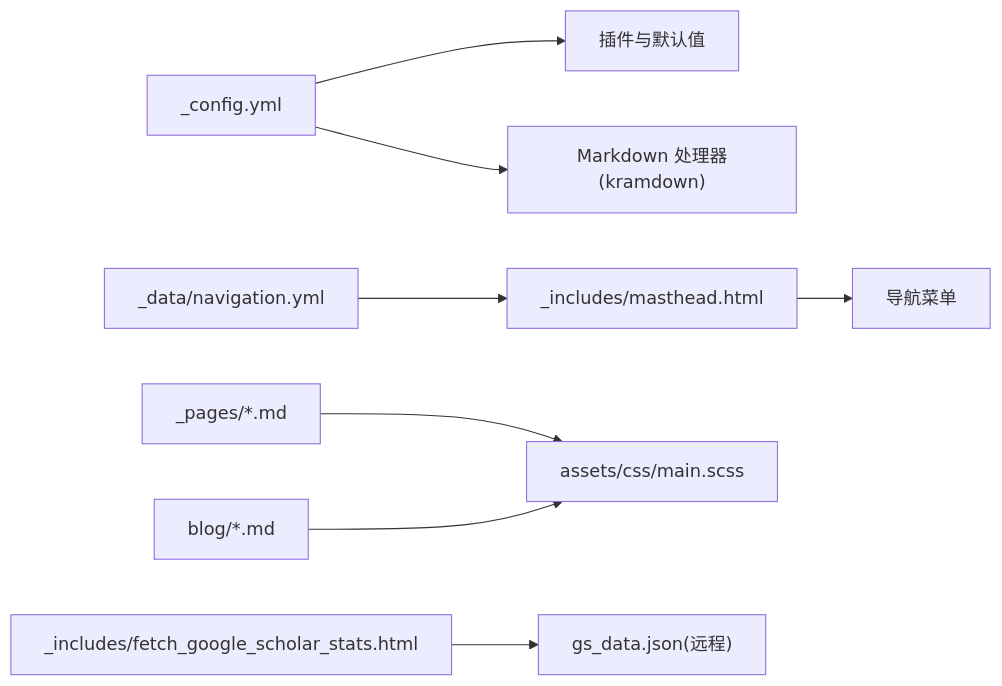
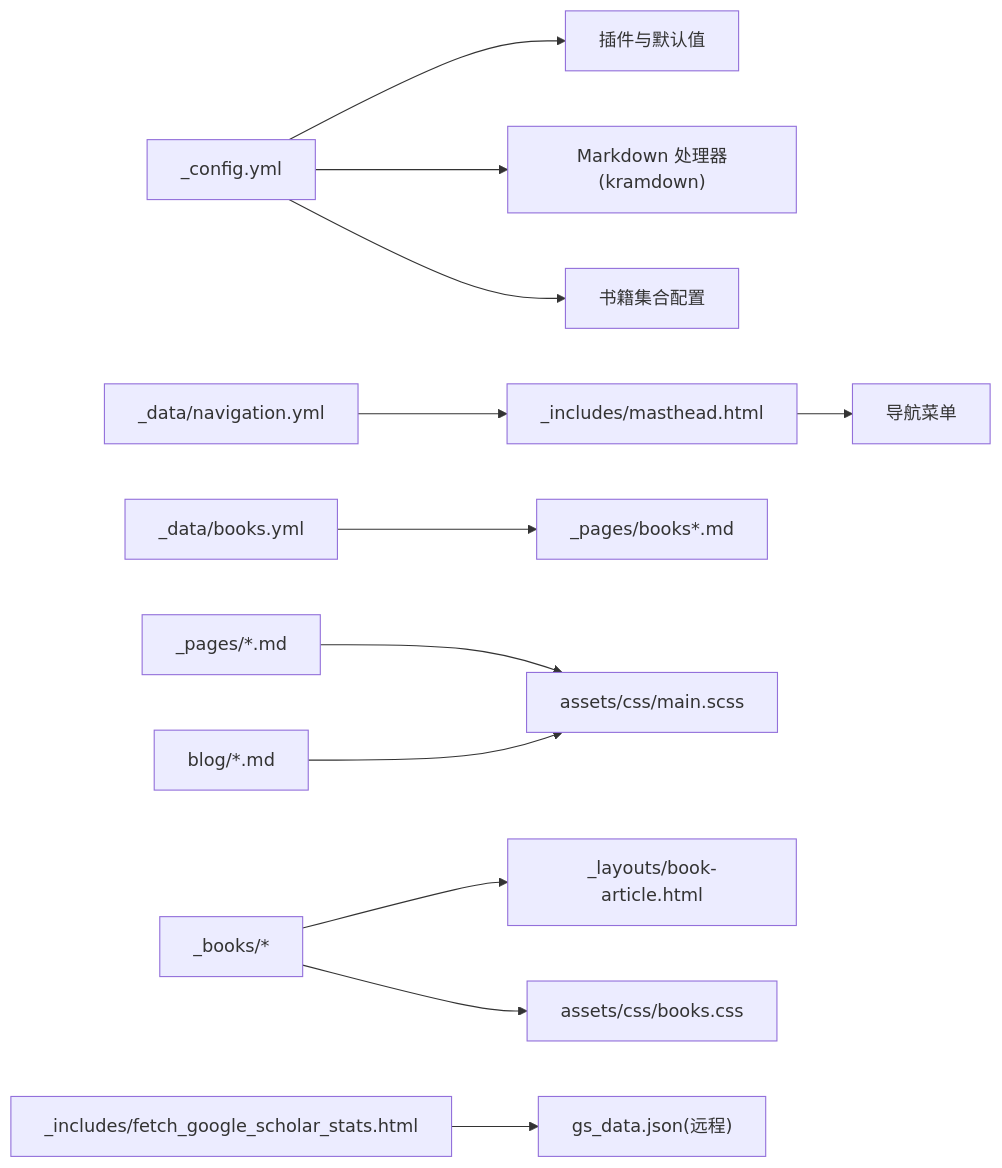
One commit to pizicaiman/pizicaiman.github.io changed the fourth of 4 diagrams in .qoder/repowiki/zh/content/内容管理/内容管理.md. Above: the diagram before and after it, drawn with Mermaid. The commit also changed other lines of this file and 10 other files, not shown here.

````diff
--- a/.qoder/repowiki/zh/content/内容管理/内容管理.md
+++ b/.qoder/repowiki/zh/content/内容管理/内容管理.md
@@ -235,10 +340,14 @@
 ```mermaid
 graph LR
 CFG["_config.yml"] --> PLG["插件与默认值"]
 CFG --> MD["Markdown 处理器(kramdown)"]
+CFG --> COL["书籍集合配置"]
 NAV["_data/navigation.yml"] --> MAST["_includes/masthead.html"]
+BOOKS["_data/books.yml"] --> BOOKPAGES["_pages/books*.md"]
 MAST --> UI["导航菜单"]
 PAGES["_pages/*.md"] --> CSS["assets/css/main.scss"]
 BLOG["blog/*.md"] --> CSS
+BOOKCOLL["_books/*"] --> LAYOUT["_layouts/book-article.html"]
+BOOKCOLL --> BOOKCSS["assets/css/books.css"]
 GS["_includes/fetch_google_scholar_stats.html"] --> DATA["gs_data.json(远程)"]
 ```
````
